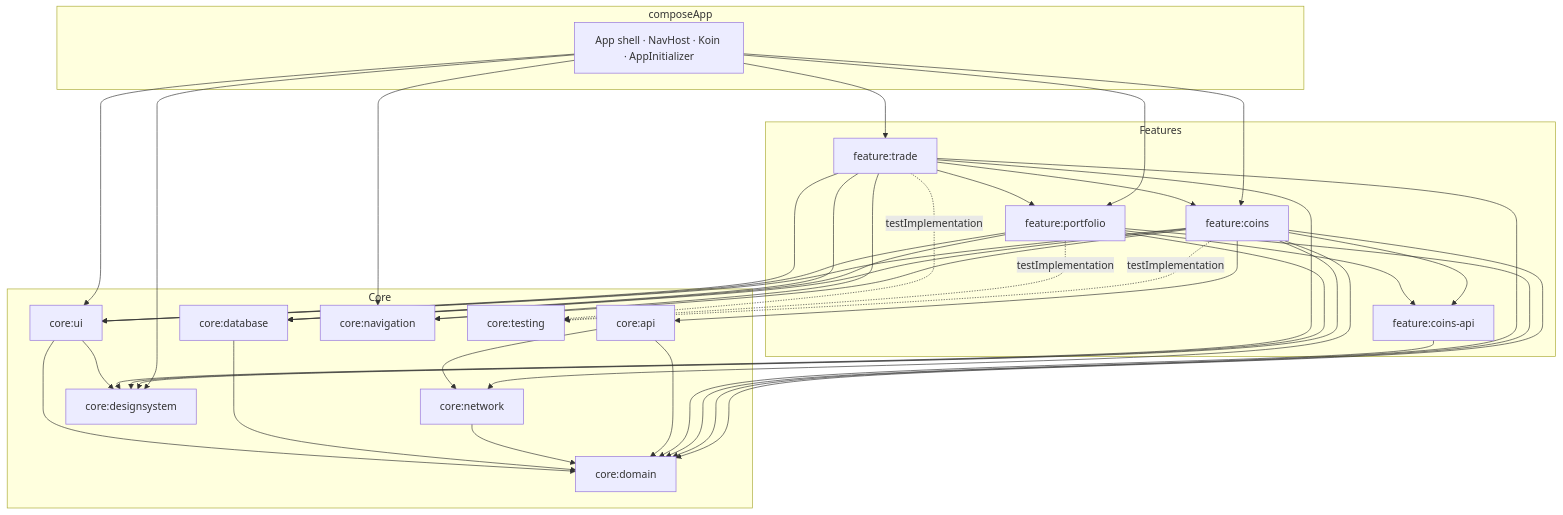
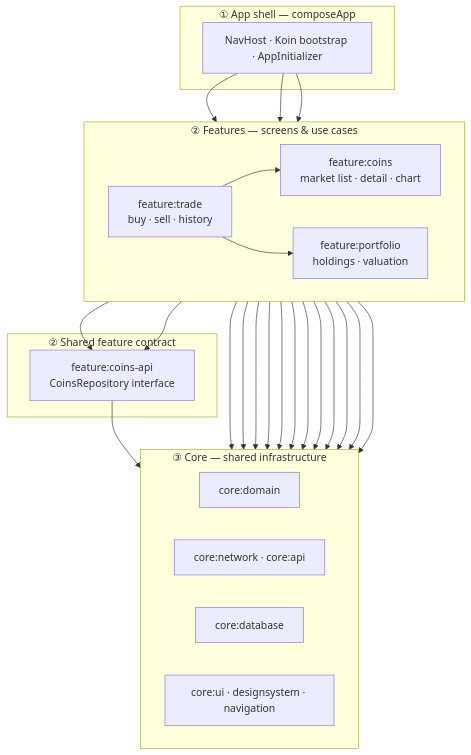
The first of 6 diagrams in README.md (parinexus/KMP-CryptoNest), drawn with Mermaid before and after one commit. The commit also changed other lines of this file, not shown here.

Commit message:
docs: simplify architecture diagrams and key flow charts Split module graph into layer and feature wiring; add sequence/flow diagrams.

````diff
--- a/README.md
+++ b/README.md
@@ -61,33 +67,32 @@
 ```mermaid
 flowchart TB
-    subgraph app [composeApp]
-        APP["App shell · NavHost · Koin · AppInitializer"]
-    end
-    subgraph features [Features]
-        FCA[feature:coins-api]
-        FC[feature:coins]
-        FP[feature:portfolio]
-        FT[feature:trade]
-    end
-    subgraph core [Core]
-        CD[core:domain]
-        CN[core:network]
-        CDB[core:database]
-        CA[core:api]
-        CUI[core:ui]
-        CDS[core:designsystem]
-        CNav[core:navigation]
-        CT[core:testing]
+    subgraph L1["① App shell — composeApp"]
+        APP["NavHost · Koin bootstrap · AppInitializer"]
     end
 
-    APP --> FC & FP & FT & CUI & CDS & CNav
-    FC --> FCA & CA & CDB & CN & CD & CUI & CDS & CNav
-    FP --> FCA & CDB & CD & CUI & CDS
-    FT --> FP & FC & CDB & CD & CUI & CDS & CNav
+    subgraph L2["② Features — screens & use cases"]
+        direction LR
+        FC["feature:coins<br/>market list · detail · chart"]
+        FP["feature:portfolio<br/>holdings · valuation"]
+        FT["feature:trade<br/>buy · sell · history"]
+    end
+
+    subgraph L2b["② Shared feature contract"]
+        FCA["feature:coins-api<br/>CoinsRepository interface"]
+    end
+
+    subgraph L3["③ Core — shared infrastructure"]
+        direction LR
+        CD["core:domain"]
+        CNET["core:network · core:api"]
+        CDB["core:database"]
+        CUI["core:ui · designsystem · navigation"]
+    end
+
+    APP --> FC & FP & FT
+    FC --> FCA
+    FP --> FCA
+    FT --> FP & FC
     FCA --> CD
-    CA --> CN & CD
-    CN --> CD
-    CDB --> CD
-    CUI --> CD & CDS
-    FC & FP & FT -.->|testImplementation| CT
+    FC & FP & FT --> CD & CDB & CNET & CUI
 ```
````
